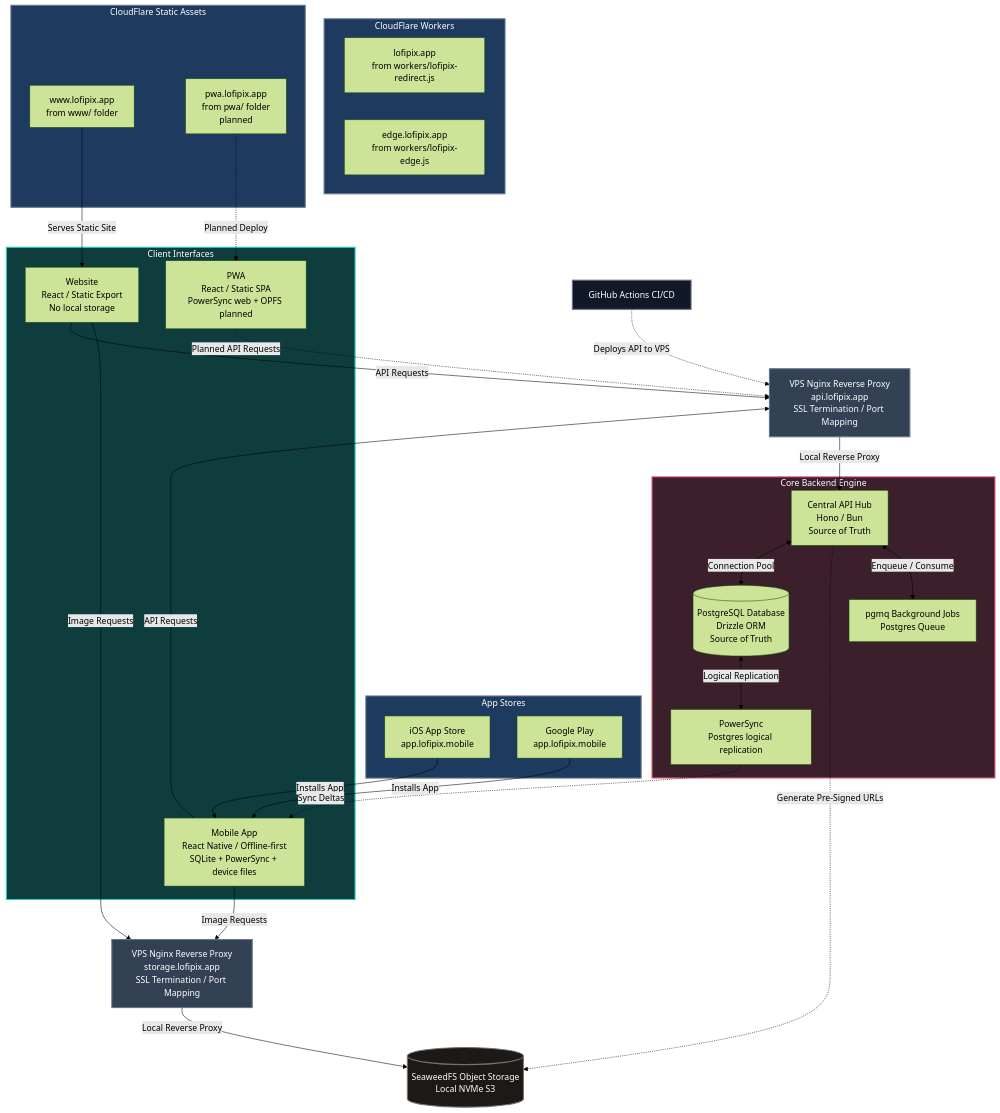
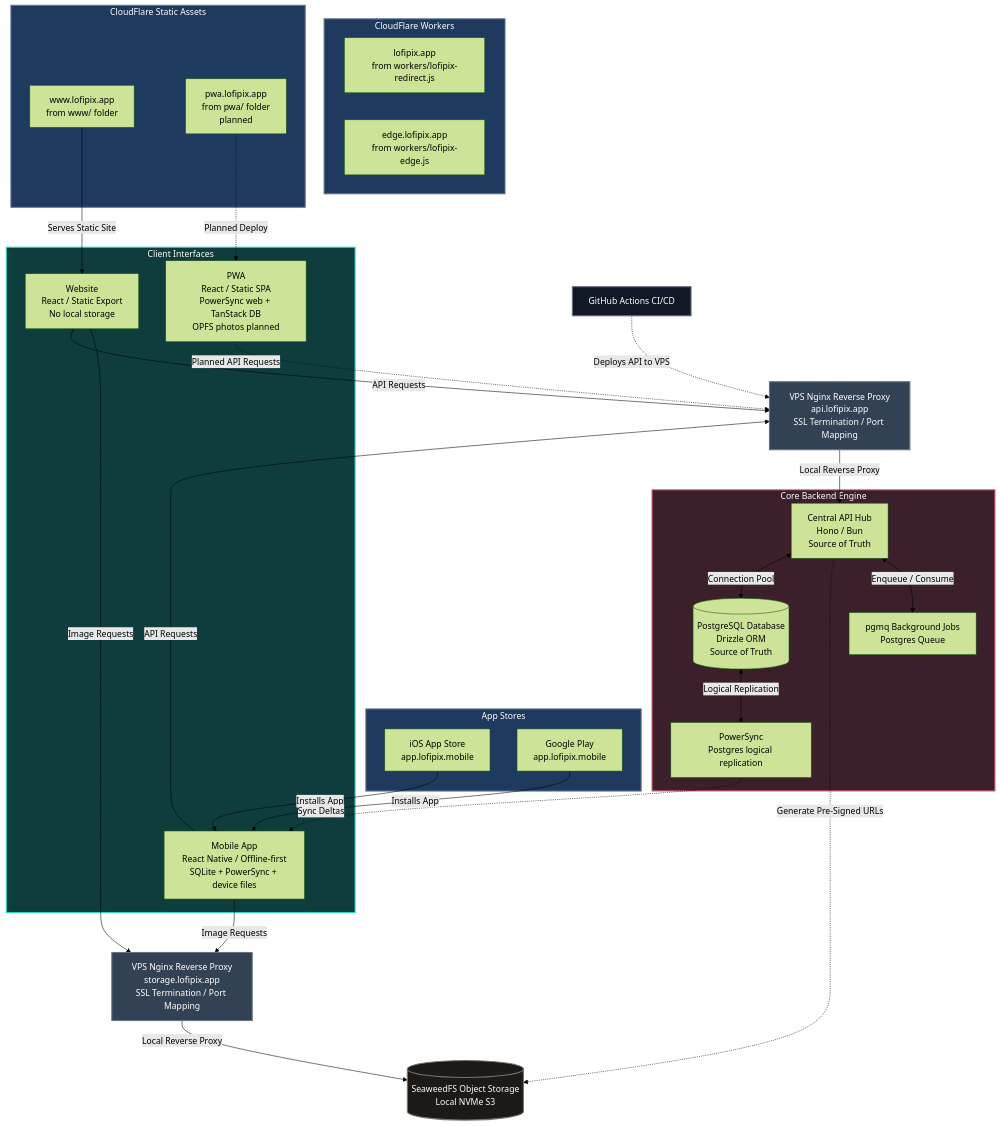
Before and after one commit to pchilton/lofipix: the diagram in README.md, drawn with Mermaid (forest theme). The commit also changed other lines of this file and 36 other files, not shown here.

Commit message:
PowerSync of albums to PWA

````diff
--- a/README.md
+++ b/README.md
@@ -34,72 +34,72 @@
 ```mermaid
 graph TD
     %% Static Hosting
     subgraph CFWorkers [CloudFlare Workers]
         CFRedirect[lofipix.app<br>from workers/lofipix-redirect.js]
         CFEdge[edge.lofipix.app<br>from workers/lofipix-edge.js]
     end
 
     subgraph CloudFlare [CloudFlare Static Assets]
         CFWeb[www.lofipix.app<br>from www/ folder]
         CFPwa[pwa.lofipix.app<br>from pwa/ folder<br>planned]
     end
 
     subgraph Stores [App Stores]
         iOS[iOS App Store<br>app.lofipix.mobile]
         Android[Google Play<br>app.lofipix.mobile]
     end
 
     %% Client Tier
     subgraph ClientInterfaces [Client Interfaces]
         Web[Website<br>React / Static Export<br>No local storage]
-        Pwa[PWA<br>React / Static SPA<br>PowerSync web + OPFS planned]
+        Pwa[PWA<br>React / Static SPA<br>PowerSync web + TanStack DB<br>OPFS photos planned]
         Mobile[Mobile App<br>React Native / Offline-first<br>SQLite + PowerSync + device files]
     end
 
     %% Network Entry
     Proxy[VPS Nginx Reverse Proxy<br>api.lofipix.app<br>SSL Termination / Port Mapping]
 
     %% Deployment
     GHA[GitHub Actions CI/CD] -.->|Deploys API to VPS| Proxy
 
     %% Core Services
     subgraph CoreBackend [Core Backend Engine]
         API[Central API Hub<br>Hono / Bun<br>Source of Truth]
         DB[(PostgreSQL Database<br>Drizzle ORM<br>Source of Truth)]
         Sync[PowerSync<br>Postgres logical replication]
         Queue[pgmq Background Jobs<br>Postgres Queue]
     end
 
     StorageProxy[VPS Nginx Reverse Proxy<br>storage.lofipix.app<br>SSL Termination / Port Mapping]
 
     Storage[(SeaweedFS Object Storage<br>Local NVMe S3)]
 
     %% Hosting Routes
     CFWeb -->|Serves Static Site| Web
     CFPwa -.->|Planned Deploy| Pwa
     iOS & Android -->|Installs App| Mobile
 
     %% Traffic Routes
     Web & Mobile -->|API Requests| Proxy
     Pwa -.->|Planned API Requests| Proxy
     Web & Mobile -->|Image Requests| StorageProxy
     Proxy -->|Local Reverse Proxy| API
     API <-->|Connection Pool| DB
 
     API -.->|Generate Pre-Signed URLs| Storage
     StorageProxy -->|Local Reverse Proxy| Storage
     DB <-->|Logical Replication| Sync
     Sync -.->|Sync Deltas| Mobile
     API <-->|Enqueue / Consume| Queue
 
     %% Layout Classes for Styling
     style CFWorkers fill:#1e3a5f,stroke:#64748b,stroke-width:2px,color:#fff
     style CloudFlare fill:#1e3a5f,stroke:#64748b,stroke-width:2px,color:#fff
     style Stores fill:#1e3a5f,stroke:#64748b,stroke-width:2px,color:#fff
     style ClientInterfaces fill:#0f3d3e,stroke:#2dd4bf,stroke-width:2px,color:#fff
     style CoreBackend fill:#3b1f2b,stroke:#fb7185,stroke-width:2px,color:#fff
     style Proxy fill:#334155,stroke:#64748b,stroke-width:2px,color:#fff
     style StorageProxy fill:#334155,stroke:#64748b,stroke-width:2px,color:#fff
     style Storage fill:#1c1917,stroke:#78716c,stroke-width:2px,color:#fff
     style GHA fill:#111827,stroke:#6b7280,stroke-width:2px,color:#fff
 ```
````
